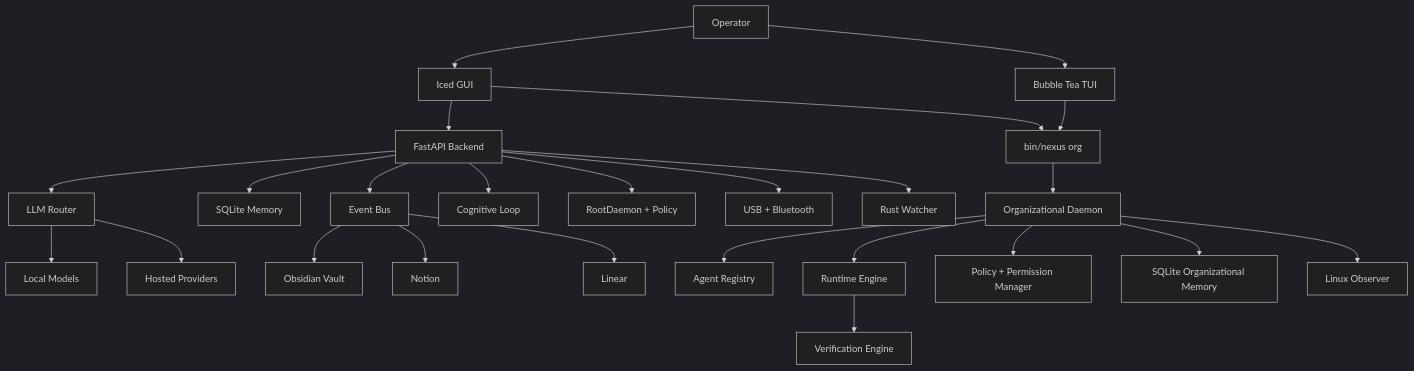
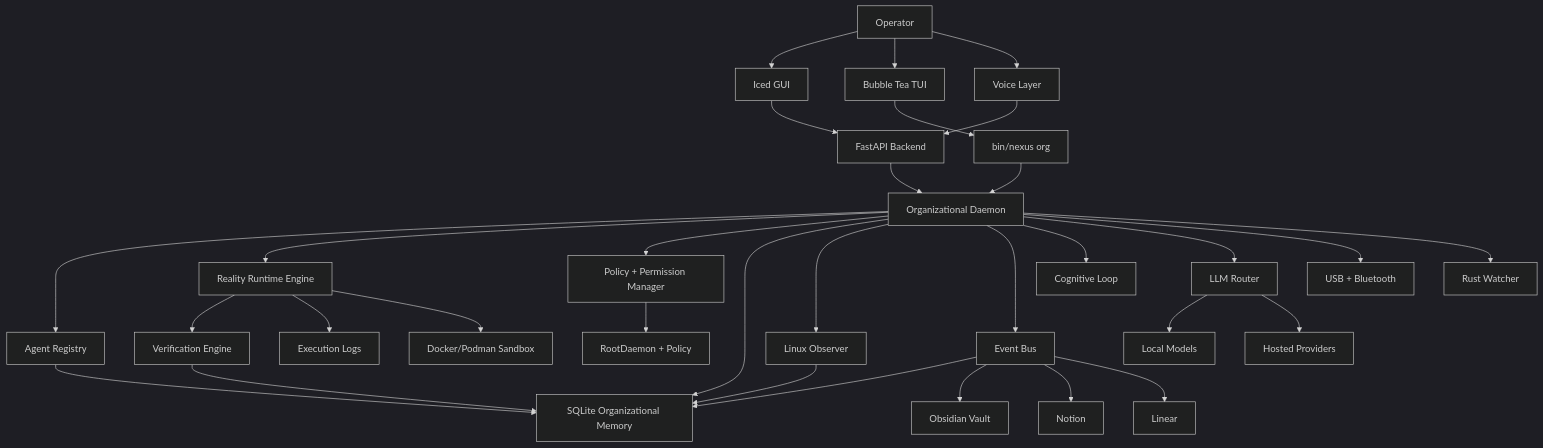
One commit to zeusinfra/NEXUS changed the diagram in README.md. Above: the diagram before and after it, drawn with Mermaid (dark theme). The commit also changed other lines of this file and 21 other files, not shown here.

Commit message:
Add sandboxed runtime execution

````diff
--- a/README.md
+++ b/README.md
@@ -186,30 +190,42 @@
 ```mermaid
 flowchart TD
     Operator[Operator] --> Iced[Iced GUI]
     Operator --> TUI[Bubble Tea TUI]
+    Operator --> Voice[Voice Layer]
 
     Iced --> API[FastAPI Backend]
-    Iced --> OrgCLI[bin/nexus org]
-    TUI --> OrgCLI
+    TUI --> OrgCLI[bin/nexus org]
+    Voice --> API
 
-    API --> LLM[LLM Router]
-    API --> Memory[SQLite Memory]
-    API --> Events[Event Bus]
-    API --> Cognition[Cognitive Loop]
-    API --> Security[RootDaemon + Policy]
-    API --> Peripherals[USB + Bluetooth]
-    API --> Watcher[Rust Watcher]
+    API --> OrgDaemon[Organizational Daemon]
     OrgCLI --> OrgDaemon[Organizational Daemon]
+
     OrgDaemon --> Agents[Agent Registry]
-    OrgDaemon --> Runtime[Runtime Engine]
+    OrgDaemon --> Runtime[Reality Runtime Engine]
     OrgDaemon --> Policy[Policy + Permission Manager]
     OrgDaemon --> OrgMemory[SQLite Organizational Memory]
     OrgDaemon --> Observer[Linux Observer]
+    OrgDaemon --> Events[Event Bus]
+    OrgDaemon --> Cognition[Cognitive Loop]
+    OrgDaemon --> LLM[LLM Router]
+
     Runtime --> Verify[Verification Engine]
+    Runtime --> Logs[Execution Logs]
+    Runtime --> Sandbox[Docker/Podman Sandbox]
+
+    Policy --> Security[RootDaemon + Policy]
+    Verify --> OrgMemory
+    Agents --> OrgMemory
+    Observer --> OrgMemory
+    Events --> OrgMemory
 
     Events --> Obsidian[Obsidian Vault]
     Events --> Notion[Notion]
     Events --> Linear[Linear]
+
     LLM --> Local[Local Models]
     LLM --> Hosted[Hosted Providers]
+
+    OrgDaemon --> Peripherals[USB + Bluetooth]
+    OrgDaemon --> Watcher[Rust Watcher]
 ```
````
